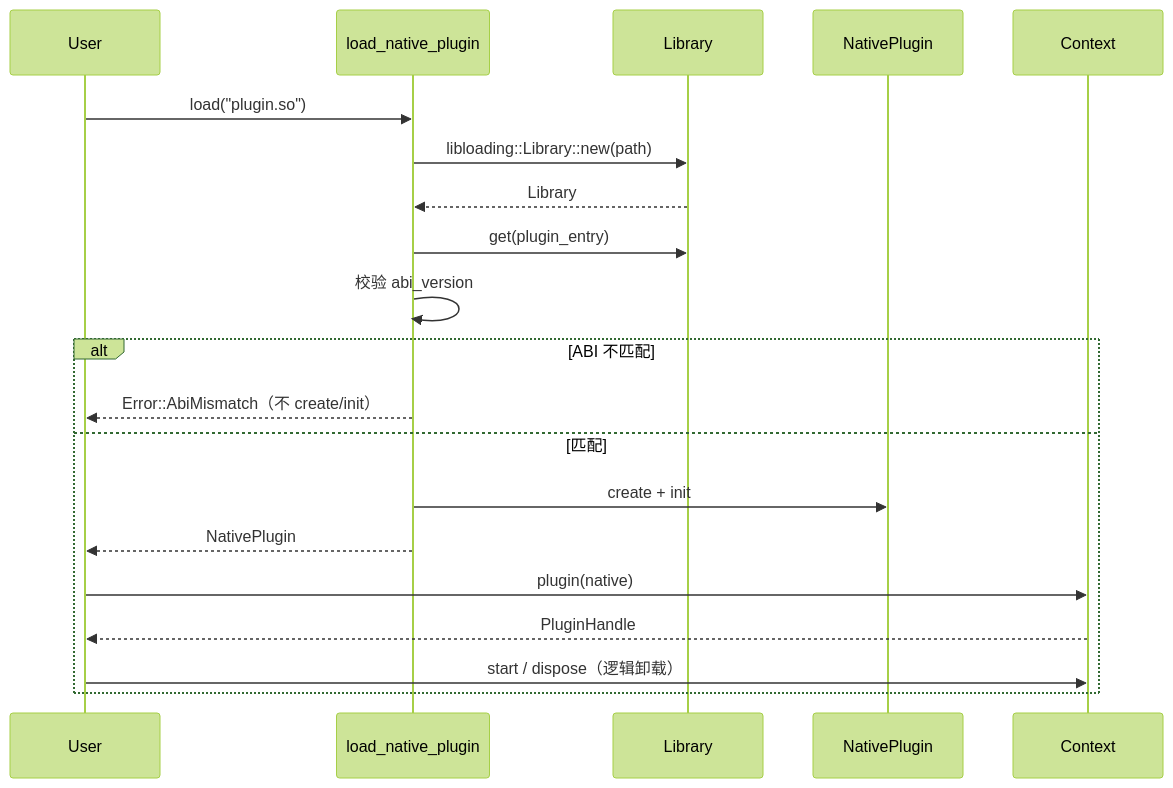
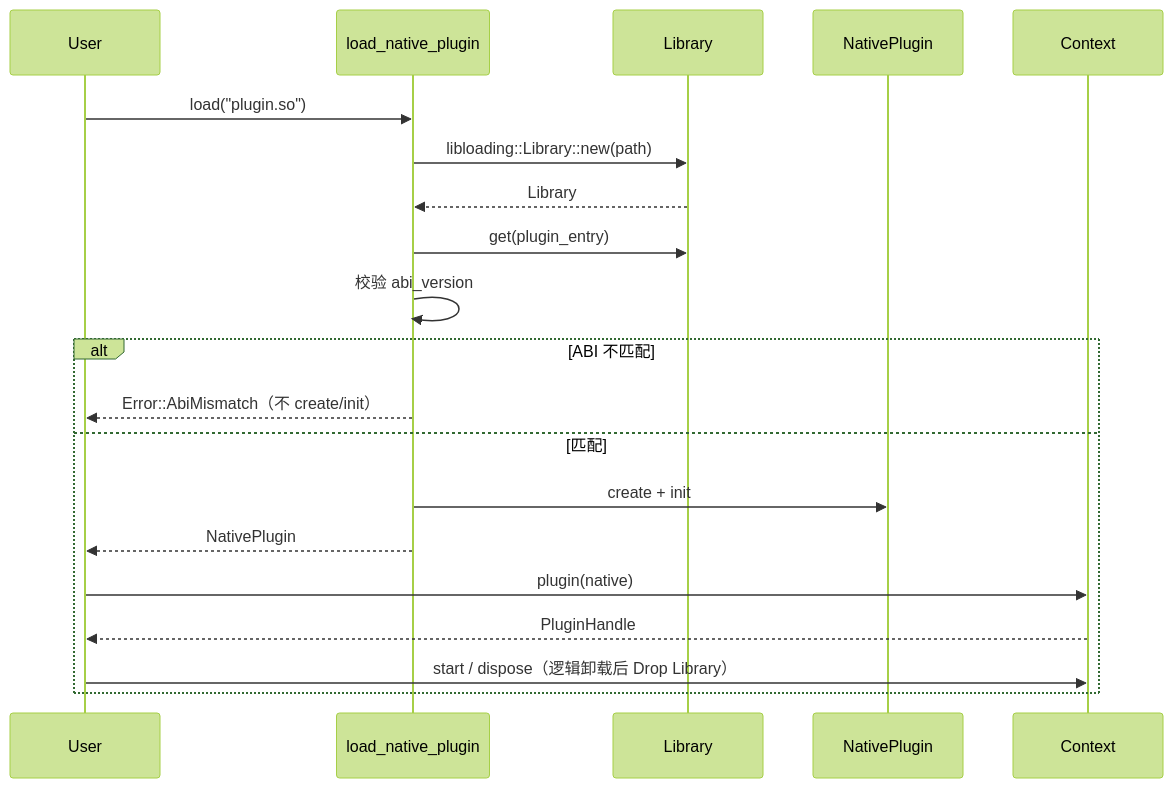
One commit to TangCan/plugin-system changed the sixth of 10 diagrams in docs/requirements/4. 扩展模块设计.md. Above: the diagram before and after it, drawn with Mermaid (forest theme). The commit also changed other lines of this file and 12 other files, not shown here.

````diff
--- a/docs/requirements/4. 扩展模块设计.md
+++ b/docs/requirements/4. 扩展模块设计.md
@@ -258,23 +258,23 @@
 ```mermaid
 sequenceDiagram
     participant User
     participant Loader as load_native_plugin
     participant Library
     participant NativePlugin
     participant Context
 
     User->>Loader: load("plugin.so")
     Loader->>Library: libloading::Library::new(path)
     Library-->>Loader: Library
     Loader->>Library: get(plugin_entry)
     Loader->>Loader: 校验 abi_version
     alt ABI 不匹配
         Loader-->>User: Error::AbiMismatch（不 create/init）
     else 匹配
         Loader->>NativePlugin: create + init
         Loader-->>User: NativePlugin
         User->>Context: plugin(native)
         Context-->>User: PluginHandle
-        User->>Context: start / dispose（逻辑卸载）
+        User->>Context: start / dispose（逻辑卸载后 Drop Library）
     end
 ```
````
